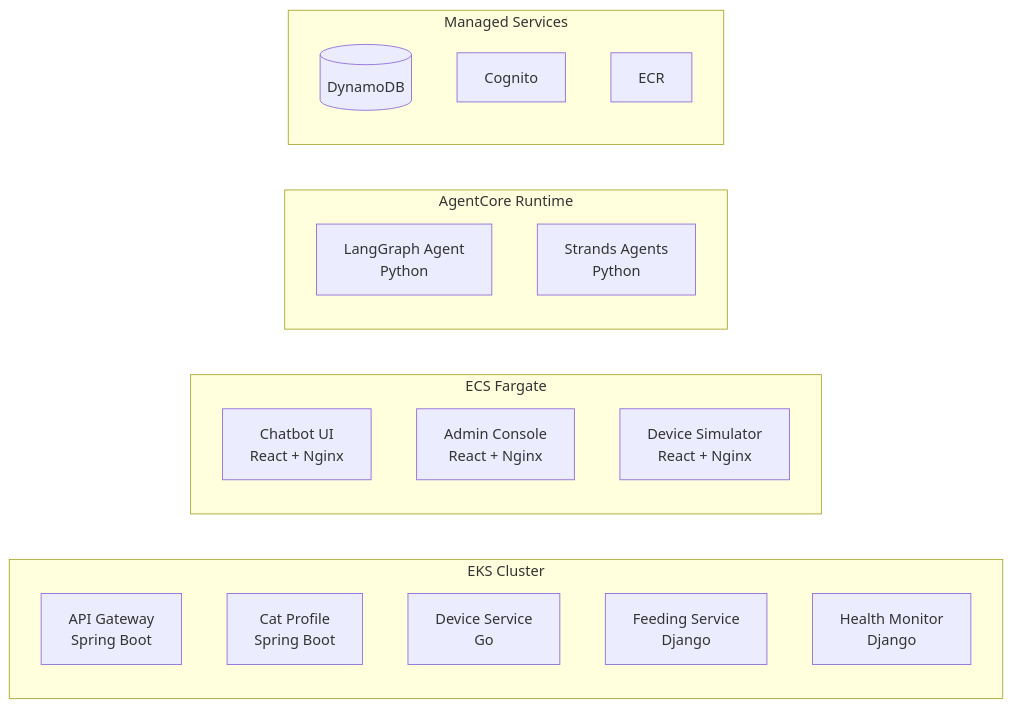
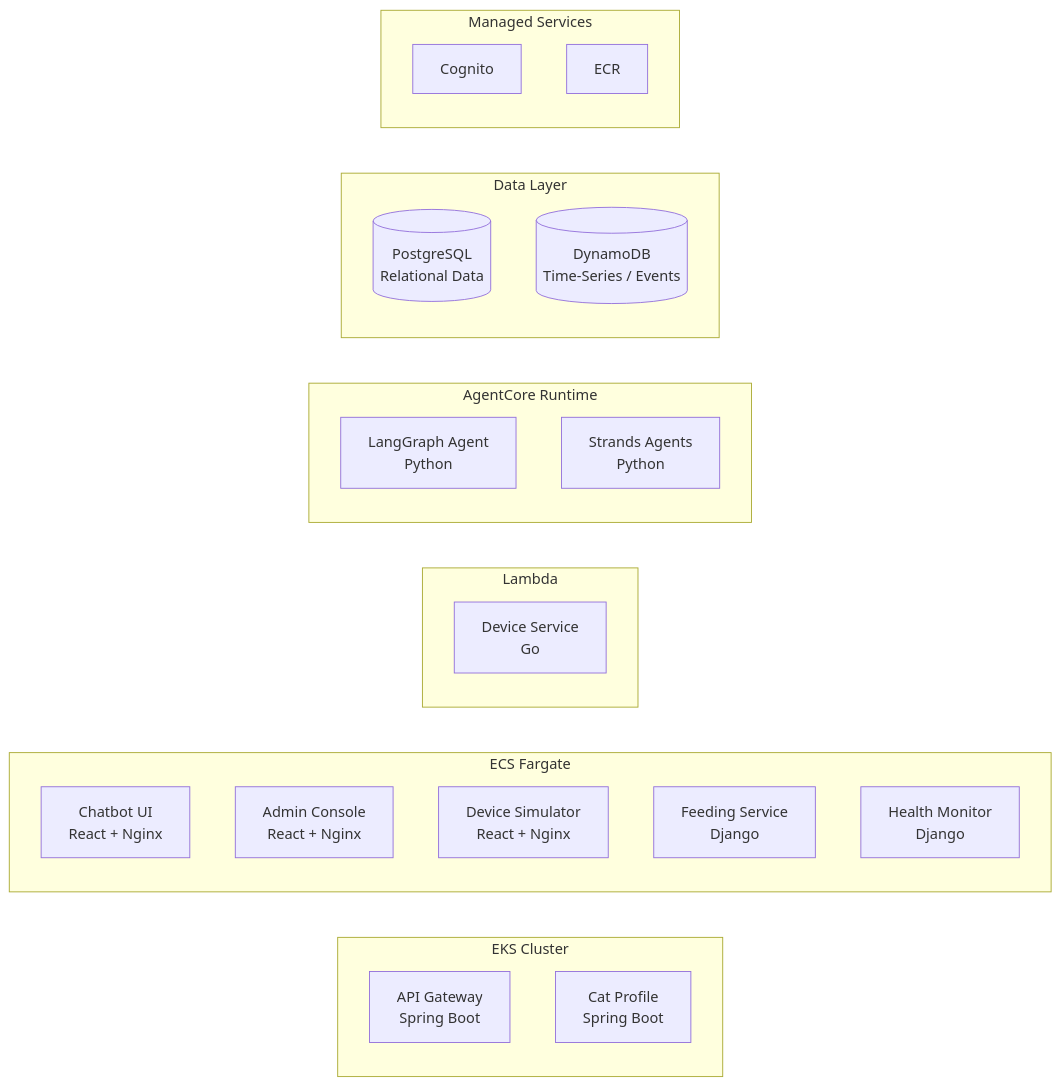
The third of 3 diagrams in .kiro/specs/smart-home-cat-demo/design.md (my-solution-hub/devops-agent-demo-applications), drawn with Mermaid before and after one commit. The commit also changed other lines of this file and 52 other files, not shown here.

First line of the commit message:
feat: implement project scaffolding, Cat Profile Service, and Device Service

````diff
--- a/.kiro/specs/smart-home-cat-demo/design.md
+++ b/.kiro/specs/smart-home-cat-demo/design.md
@@ -152,31 +165,40 @@
 ```mermaid
 graph LR
     subgraph "EKS Cluster"
         direction TB
         A1[API Gateway<br/>Spring Boot]
         A2[Cat Profile<br/>Spring Boot]
-        A3[Device Service<br/>Go]
-        A4[Feeding Service<br/>Django]
-        A5[Health Monitor<br/>Django]
     end
 
     subgraph "ECS Fargate"
         direction TB
         B1[Chatbot UI<br/>React + Nginx]
         B2[Admin Console<br/>React + Nginx]
         B3[Device Simulator<br/>React + Nginx]
+        B4[Feeding Service<br/>Django]
+        B5[Health Monitor<br/>Django]
+    end
+
+    subgraph "Lambda"
+        direction TB
+        C1[Device Service<br/>Go]
     end
 
     subgraph "AgentCore Runtime"
         direction TB
         D1[LangGraph Agent<br/>Python]
         D2[Strands Agents<br/>Python]
     end
 
+    subgraph "Data Layer"
+        direction TB
+        E1[(PostgreSQL<br/>Relational Data)]
+        E2[(DynamoDB<br/>Time-Series / Events)]
+    end
+
     subgraph "Managed Services"
         direction TB
-        F1[(DynamoDB)]
-        F2[Cognito]
-        F3[ECR]
+        F1[Cognito]
+        F2[ECR]
     end
 ```
````
